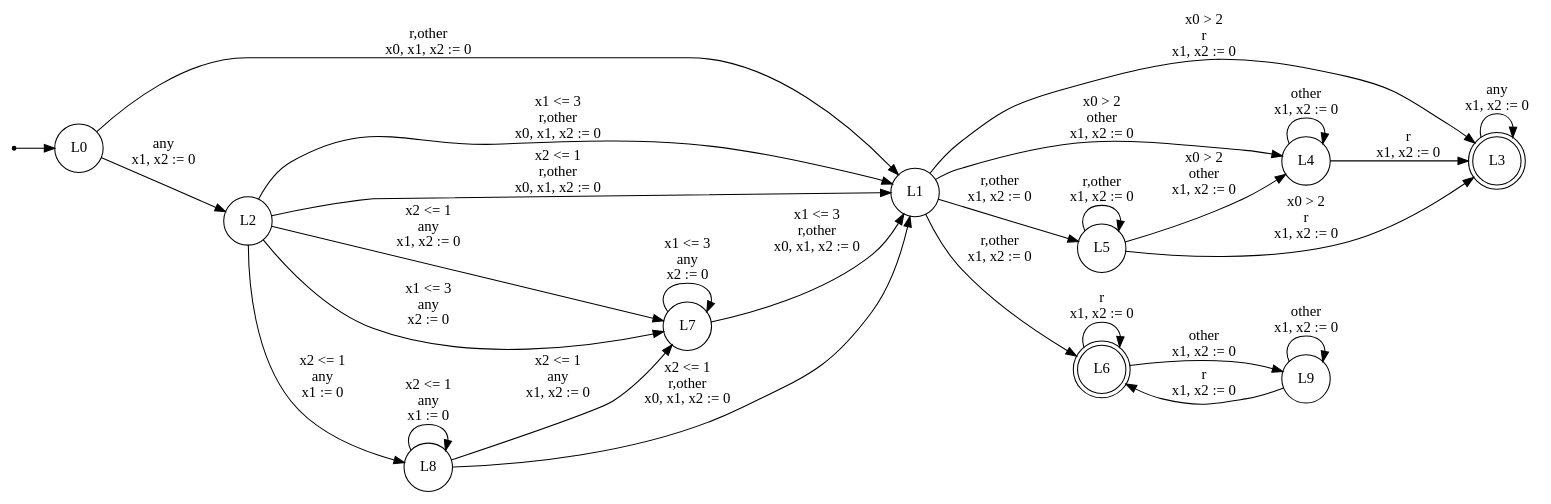
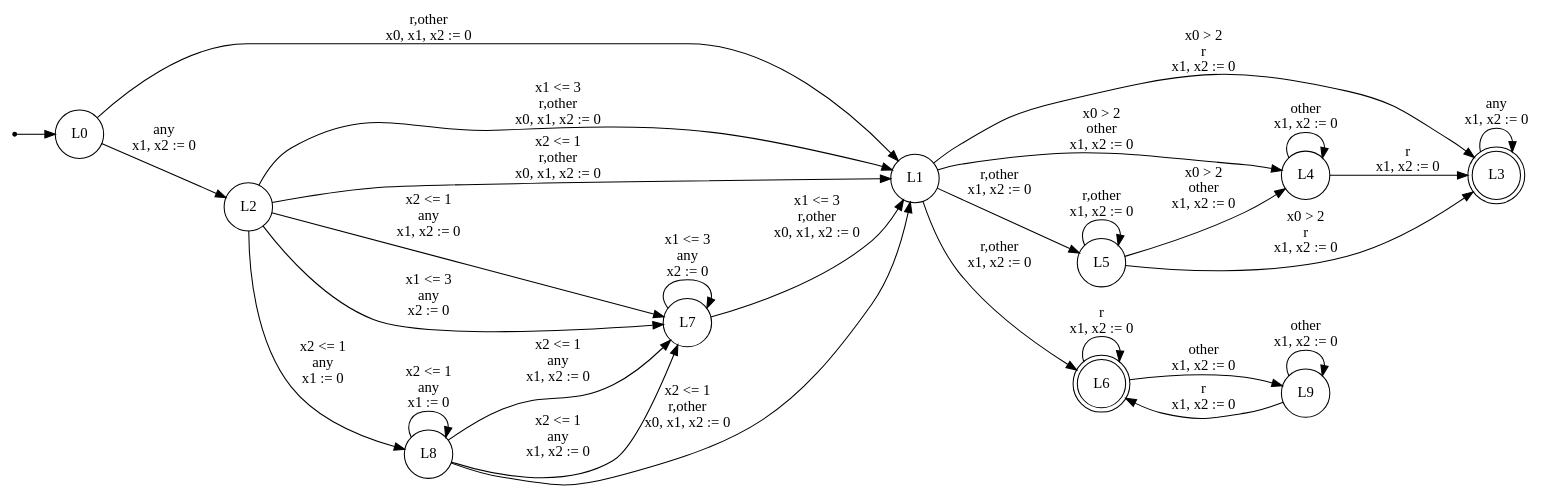
One commit to efares1/rocq-mtl-to-tba-translation changed the diagram in evaluation/compile_dot_random/X75.dot. Above: the diagram before and after it, drawn with Graphviz. The commit also changed 105 other files, not shown here.

```diff
--- a/evaluation/compile_dot_random/X75.dot
+++ b/evaluation/compile_dot_random/X75.dot
@@ -1,42 +1,43 @@
 digraph TBA {
   rankdir=LR;
   node [shape=circle];
   init [shape=point];
   init -> L0;
   L0 [shape=circle, label="L0"];
   L1 [shape=circle, label="L1"];
   L2 [shape=circle, label="L2"];
   L3 [shape=doublecircle, label="L3"];
   L4 [shape=circle, label="L4"];
   L5 [shape=circle, label="L5"];
   L6 [shape=doublecircle, label="L6"];
   L7 [shape=circle, label="L7"];
   L8 [shape=circle, label="L8"];
   L9 [shape=circle, label="L9"];
   L0 -> L1 [label="r,other\nx0, x1, x2 := 0"];
   L0 -> L2 [label="any\nx1, x2 := 0"];
   L1 -> L3 [label="x0 > 2\nr\nx1, x2 := 0"];
   L1 -> L4 [label="x0 > 2\nother\nx1, x2 := 0"];
   L1 -> L5 [label="r,other\nx1, x2 := 0"];
   L1 -> L6 [label="r,other\nx1, x2 := 0"];
   L2 -> L1 [label="x1 <= 3\nr,other\nx0, x1, x2 := 0"];
   L2 -> L1 [label="x2 <= 1\nr,other\nx0, x1, x2 := 0"];
   L2 -> L7 [label="x2 <= 1\nany\nx1, x2 := 0"];
   L2 -> L7 [label="x1 <= 3\nany\nx2 := 0"];
   L2 -> L8 [label="x2 <= 1\nany\nx1 := 0"];
   L3 -> L3 [label="any\nx1, x2 := 0"];
   L4 -> L3 [label="r\nx1, x2 := 0"];
   L4 -> L4 [label="other\nx1, x2 := 0"];
   L5 -> L3 [label="x0 > 2\nr\nx1, x2 := 0"];
   L5 -> L4 [label="x0 > 2\nother\nx1, x2 := 0"];
   L5 -> L5 [label="r,other\nx1, x2 := 0"];
   L6 -> L6 [label="r\nx1, x2 := 0"];
   L6 -> L9 [label="other\nx1, x2 := 0"];
   L7 -> L1 [label="x1 <= 3\nr,other\nx0, x1, x2 := 0"];
   L7 -> L7 [label="x1 <= 3\nany\nx2 := 0"];
   L8 -> L1 [label="x2 <= 1\nr,other\nx0, x1, x2 := 0"];
   L8 -> L7 [label="x2 <= 1\nany\nx1, x2 := 0"];
+  L8 -> L7 [label="x2 <= 1\nany\nx1, x2 := 0"];
   L8 -> L8 [label="x2 <= 1\nany\nx1 := 0"];
   L9 -> L6 [label="r\nx1, x2 := 0"];
   L9 -> L9 [label="other\nx1, x2 := 0"];
 }
```
